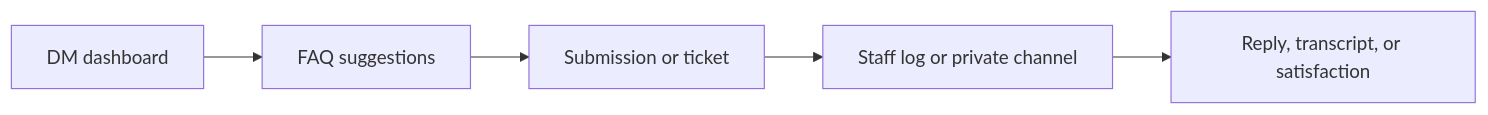
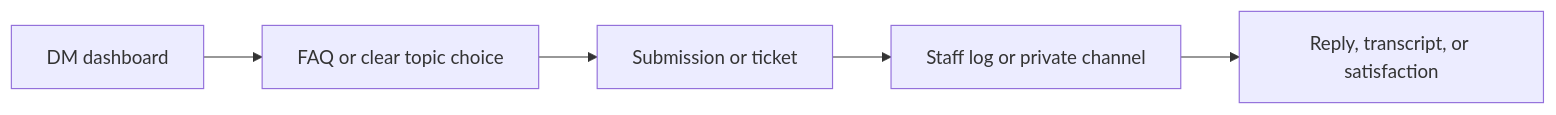
The fourth of 11 diagrams in docs/Avenue_Guard_Manual.md (Rroix/avenue-guard-gd-avenue), drawn with Mermaid before and after one commit. The commit also changed other lines of this file and 45 other files, not shown here.

````diff
--- a/docs/Avenue_Guard_Manual.md
+++ b/docs/Avenue_Guard_Manual.md
@@ -376,12 +381,12 @@
 ```mermaid
 flowchart LR
   S1["DM dashboard"]
-  S2["FAQ suggestions"]
+  S2["FAQ or clear topic choice"]
   S3["Submission or ticket"]
   S4["Staff log or private channel"]
   S5["Reply, transcript, or satisfaction"]
   S1 --> S2
   S2 --> S3
   S3 --> S4
   S4 --> S5
 ```
````
